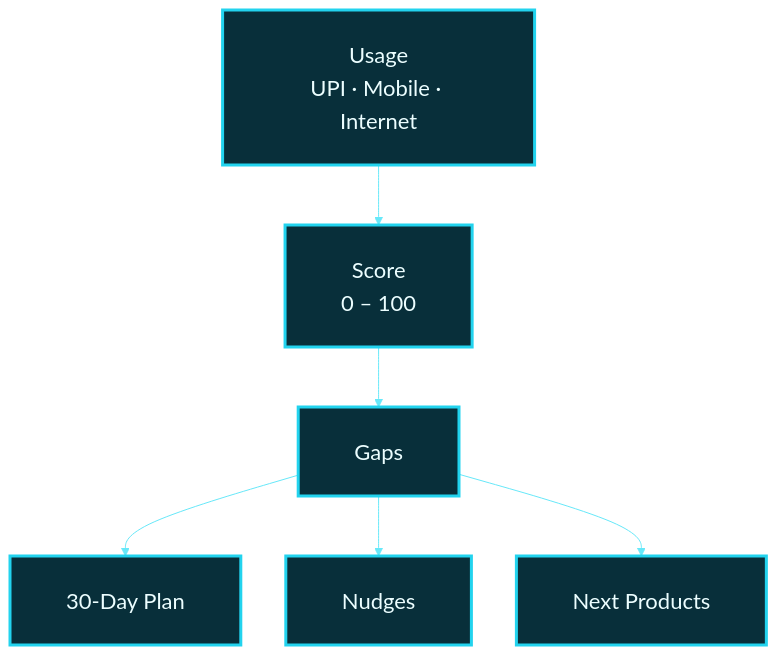
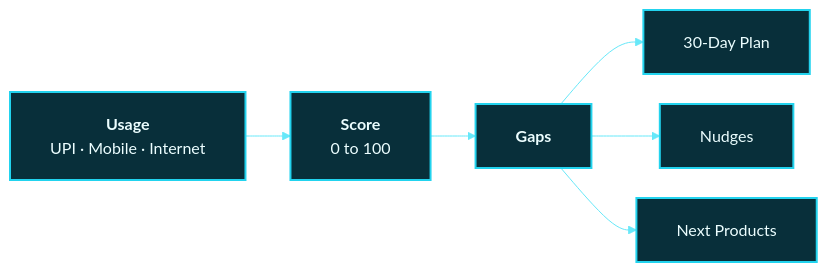
The ninth of 13 diagrams in README.md (Mansi232323/MANSHORA), drawn with Mermaid before and after one commit. The commit also changed other lines of this file, not shown here.

````diff
--- a/README.md
+++ b/README.md
@@ -336,10 +323,10 @@
 ```mermaid
-%%{init: {'theme':'base','themeVariables':{'fontSize':'22px','fontFamily':'Arial, Helvetica, sans-serif','lineColor':'#67e8f9','clusterBkg':'#0f0f2b','clusterBorder':'#a78bfa','titleColor':'#e9d5ff','edgeLabelBackground':'#0f0f2b'},'flowchart':{'nodeSpacing':45,'rankSpacing':60,'padding':28,'htmlLabels':false,'useMaxWidth':true}}}%%
-flowchart TB
-    U["Usage<br/>UPI · Mobile · Internet"] --> S["Score<br/>0 – 100"] --> G["Gaps"]
+%%{init: {'theme':'base','themeVariables':{'fontSize':'16px','fontFamily':'Arial, Helvetica, sans-serif','lineColor':'#67e8f9'},'flowchart':{'htmlLabels':true,'nodeSpacing':30,'rankSpacing':45,'padding':20,'wrappingWidth':260}}}%%
+flowchart LR
+    U["<b>Usage</b><br/>UPI · Mobile · Internet"] --> S["<b>Score</b><br/>0 to 100"] --> G["<b>Gaps</b>"]
     G --> P["30-Day Plan"]
     G --> N["Nudges"]
     G --> X["Next Products"]
-    classDef a fill:#082f3a,stroke:#22d3ee,stroke-width:3px,color:#ecfeff
+    classDef a fill:#082f3a,stroke:#22d3ee,stroke-width:2px,color:#ecfeff
     class U,S,G,P,N,X a
 ```
````
